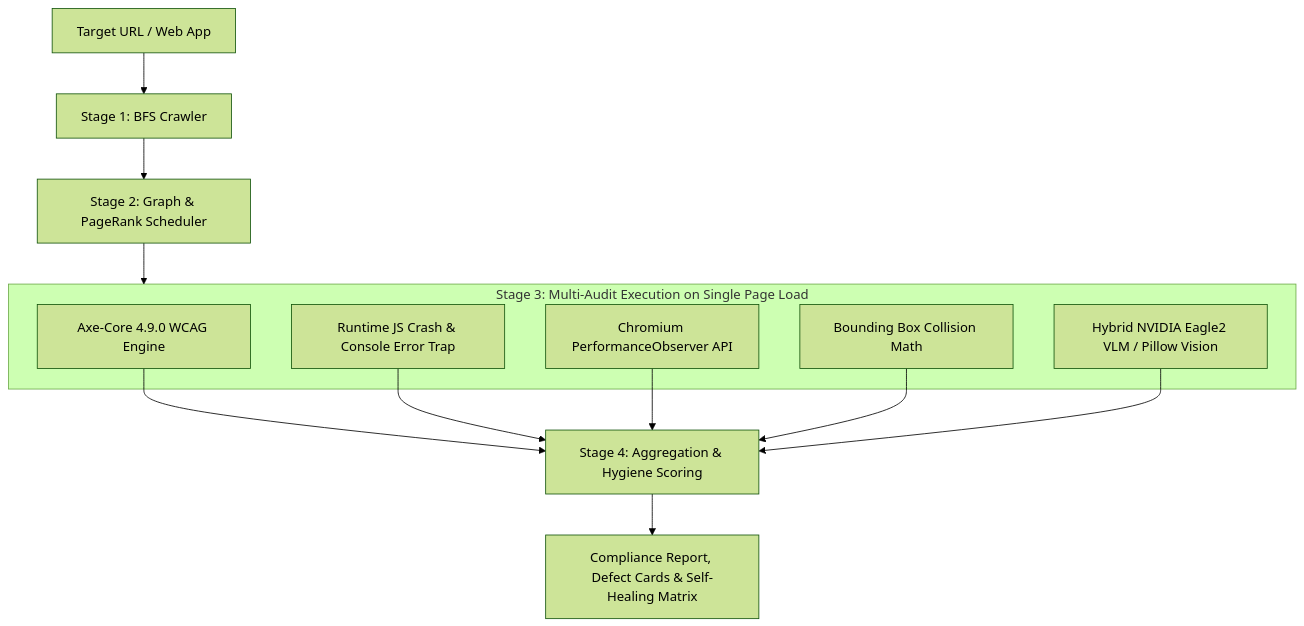
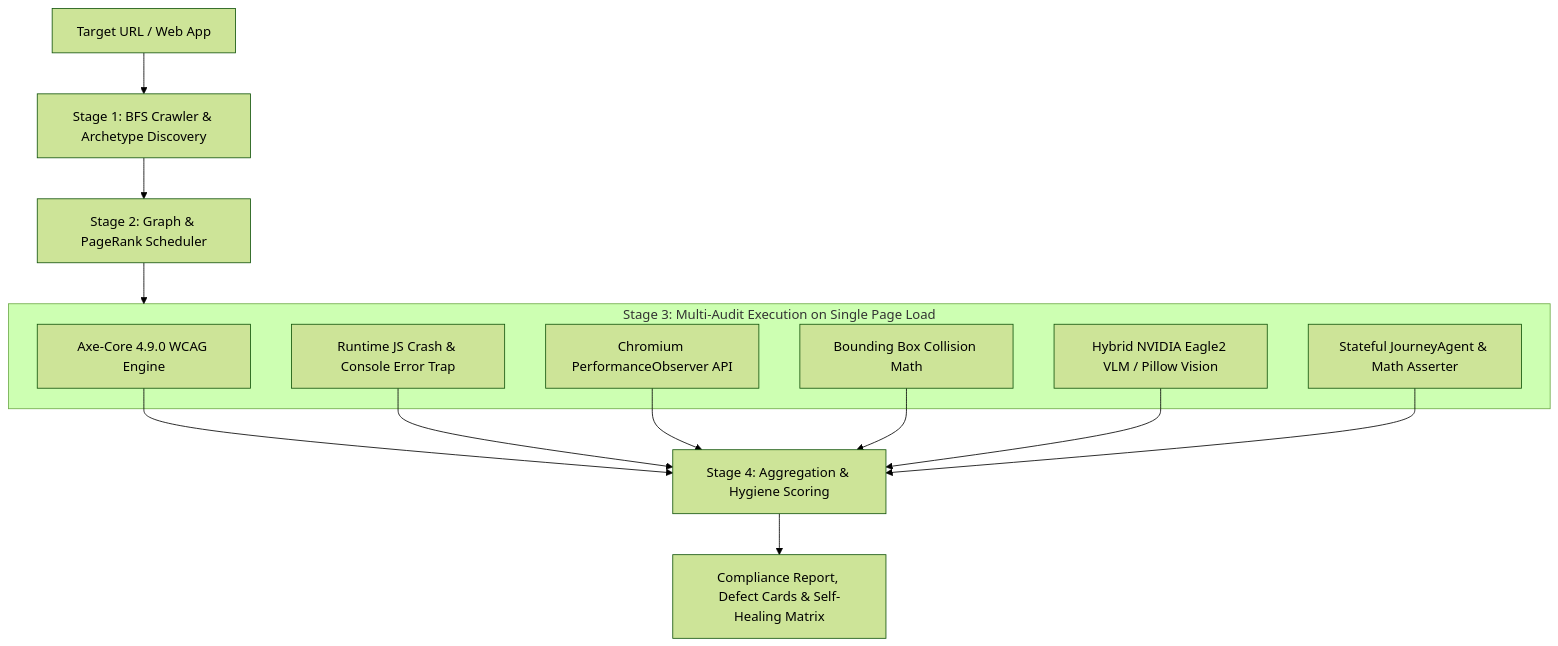
One commit to rohith2157/BUGZERO changed the first of 9 diagrams in README.md. Above: the diagram before and after it, drawn with Mermaid (forest theme). The commit also changed other lines of this file and 3 other files, not shown here.

Commit message:
docs: update README with stateful journey agent integration, architectural documentation, and audit pipeline specifications

````diff
--- a/README.md
+++ b/README.md
@@ -51,21 +51,23 @@
 ```mermaid
 flowchart TD
-    A[Target URL / Web App] --> B[Stage 1: BFS Crawler]
+    A[Target URL / Web App] --> B[Stage 1: BFS Crawler & Archetype Discovery]
     B --> C[Stage 2: Graph & PageRank Scheduler]
     C --> D[Stage 3: Single-Navigation Multi-Audit Engine]
   
     subgraph D [Stage 3: Multi-Audit Execution on Single Page Load]
         D1[Axe-Core 4.9.0 WCAG Engine]
         D2[Runtime JS Crash & Console Error Trap]
         D3[Chromium PerformanceObserver API]
         D4[Bounding Box Collision Math]
         D5[Hybrid NVIDIA Eagle2 VLM / Pillow Vision]
+        D6[Stateful JourneyAgent & Math Asserter]
     end
   
     D1 --> E[Stage 4: Aggregation & Hygiene Scoring]
     D2 --> E
     D3 --> E
     D4 --> E
     D5 --> E
+    D6 --> E
     E --> F[Compliance Report, Defect Cards & Self-Healing Matrix]
 ```
````
